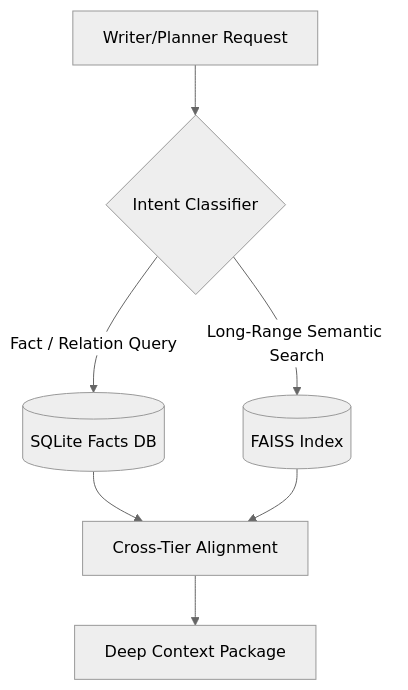
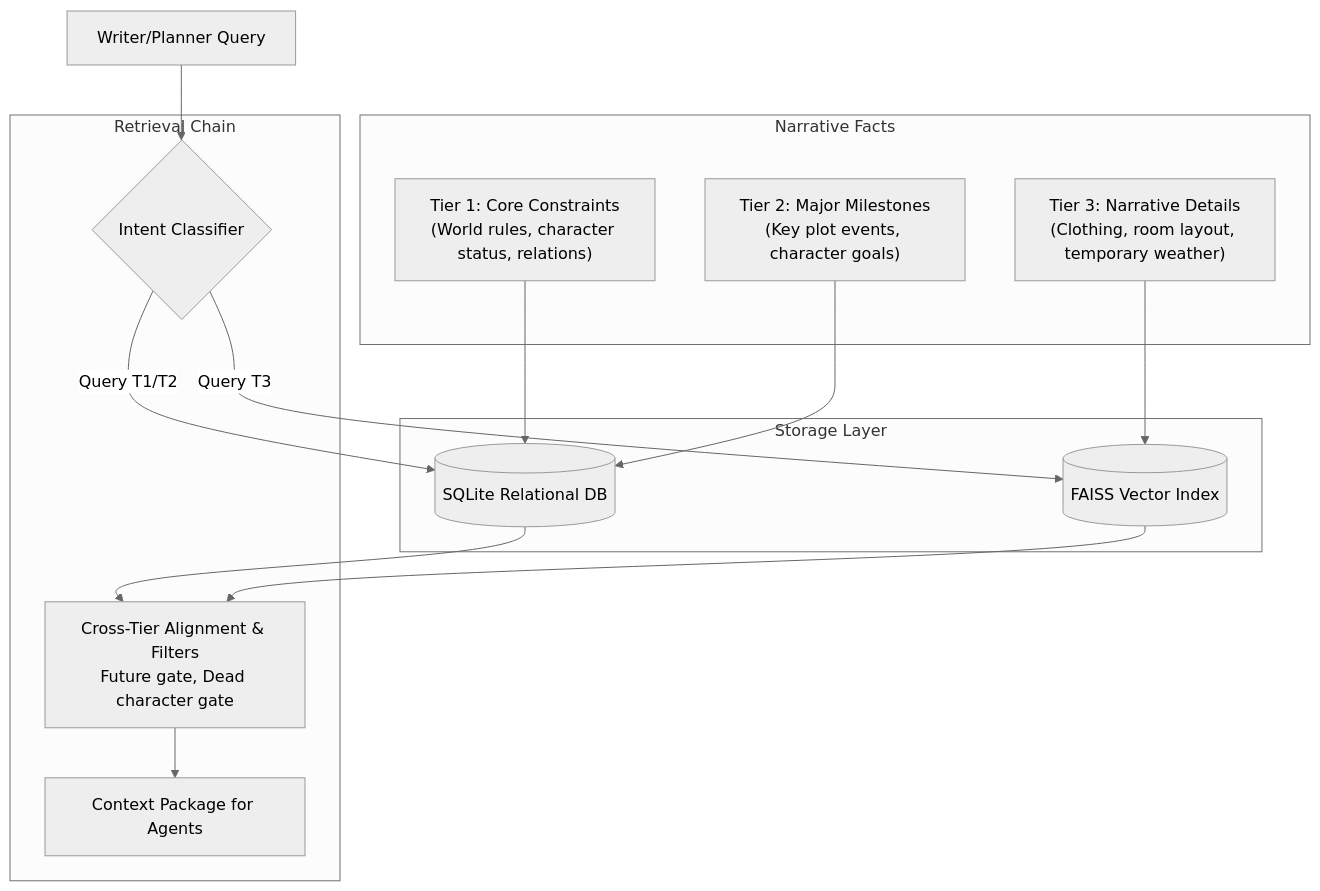
The second of 2 diagrams in README.md (AI-Team-Team/AI-Novel), drawn with Mermaid (neutral theme) before and after one commit. The commit also changed other lines of this file and 2 other files, not shown here.

````diff
--- a/README.md
+++ b/README.md
@@ -72,10 +55,26 @@
 ```mermaid
-graph TD
-    Query[Writer/Planner Request] --> Intent{Intent Classifier}
-    Intent -->|Fact / Relation Query| SQLite[(SQLite Facts DB)]
-    Intent -->|Long-Range Semantic Search| FAISS[(FAISS Index)]
-    
-    SQLite --> Merge[Cross-Tier Alignment]
-    FAISS --> Merge
-    Merge --> Context[Deep Context Package]
+flowchart TD
+    subgraph Narrative_Facts ["Narrative Facts"]
+        T1["Tier 1: Core Constraints\n(World rules, character status, relations)"]
+        T2["Tier 2: Major Milestones\n(Key plot events, character goals)"]
+        T3["Tier 3: Narrative Details\n(Clothing, room layout, temporary weather)"]
+    end
+
+    subgraph Storage ["Storage Layer"]
+        DB[(SQLite Relational DB)]
+        Vector[(FAISS Vector Index)]
+    end
+
+    T1 & T2 --> DB
+    T3 --> Vector
+
+    subgraph Retrieval_Funnel ["Retrieval Chain"]
+        Intent{Intent Classifier} -->|Query T1/T2| DB
+        Intent -->|Query T3| Vector
+        DB --> Align[Cross-Tier Alignment & Filters\nFuture gate, Dead character gate]
+        Vector --> Align
+        Align --> Context[Context Package for Agents]
+    end
+
+    Query[Writer/Planner Query] --> Intent
 ```
````
